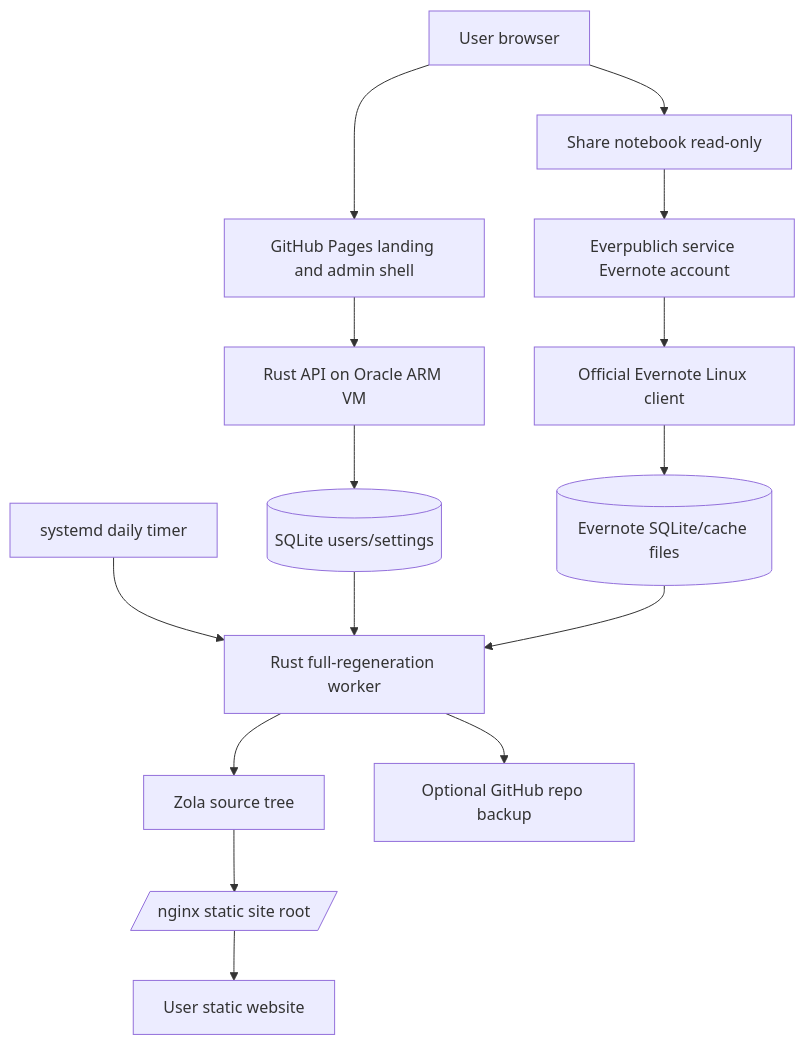
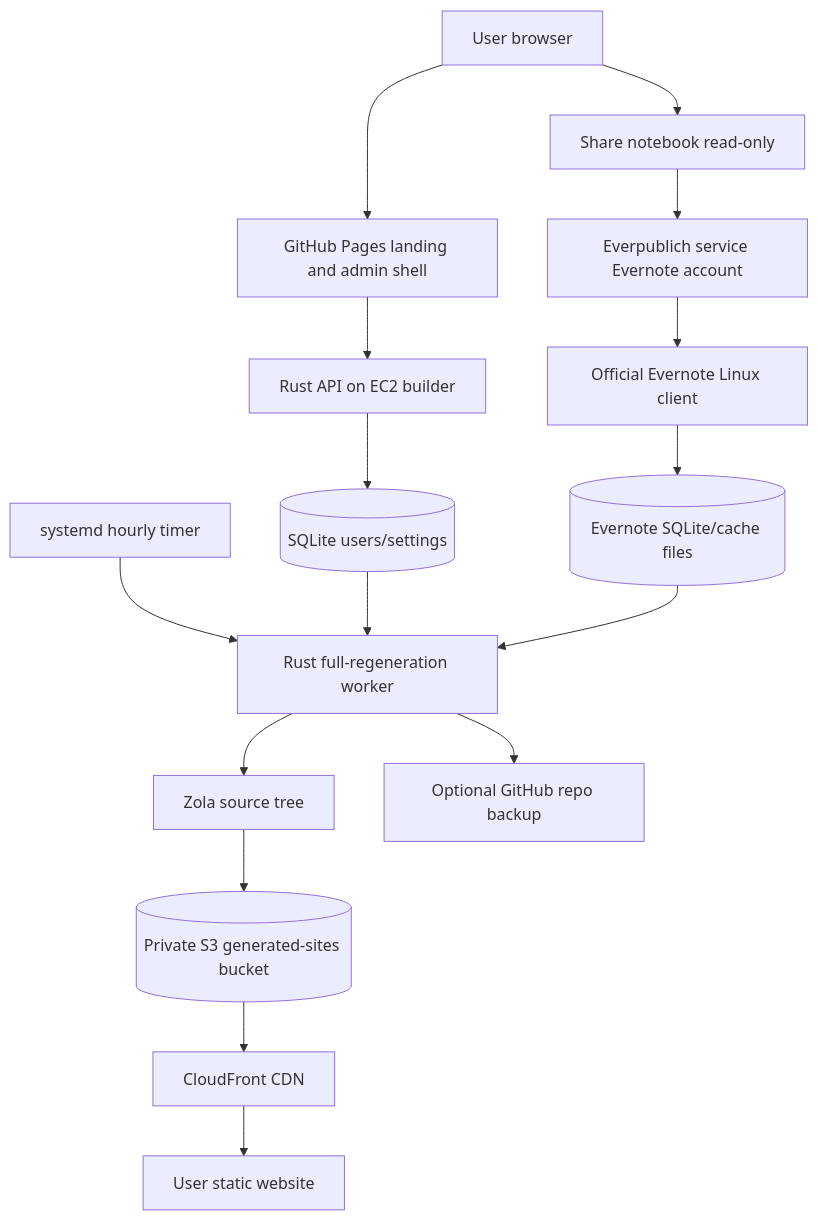
Before and after one commit to vitaly-zdanevich/everpublich: the diagram in README.md, drawn with Mermaid. The commit also changed other lines of this file, not shown here.

First line of the commit message:
Document AWS hosted MVP architecture

````diff
--- a/README.md
+++ b/README.md
@@ -31,17 +31,18 @@
 ```mermaid
 flowchart TD
 	User[User browser] --> Landing[GitHub Pages landing and admin shell]
-	Landing --> VmApi[Rust API on Oracle ARM VM]
+	Landing --> VmApi[Rust API on EC2 builder]
 	User --> Share[Share notebook read-only]
 	Share --> ServiceAccount[Everpublich service Evernote account]
 	ServiceAccount --> EvernoteClient[Official Evernote Linux client]
 	EvernoteClient --> EvernoteCache[(Evernote SQLite/cache files)]
 	VmApi --> Users[(SQLite users/settings)]
-	Timer[systemd daily timer] --> Builder[Rust full-regeneration worker]
+	Timer[systemd hourly timer] --> Builder[Rust full-regeneration worker]
 	Users --> Builder
 	EvernoteCache --> Builder
 	Builder --> Zola[Zola source tree]
-	Zola --> NginxRoot[/nginx static site root/]
-	NginxRoot --> Site[User static website]
+	Zola --> S3[(Private S3 generated-sites bucket)]
+	S3 --> CloudFront[CloudFront CDN]
+	CloudFront --> Site[User static website]
 	Builder --> GitRepo[Optional GitHub repo backup]
 ```
````
